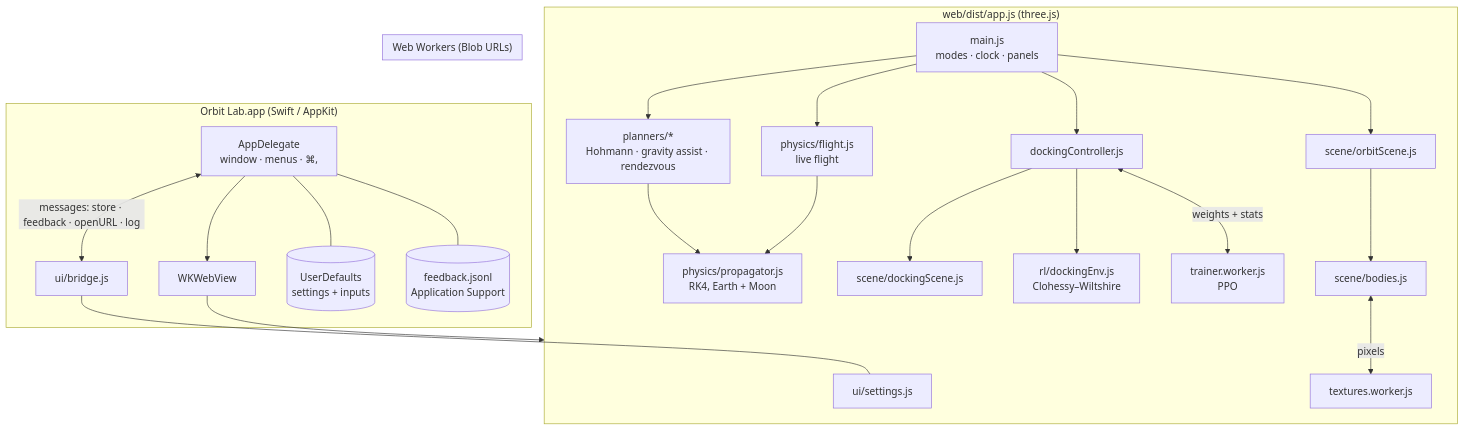
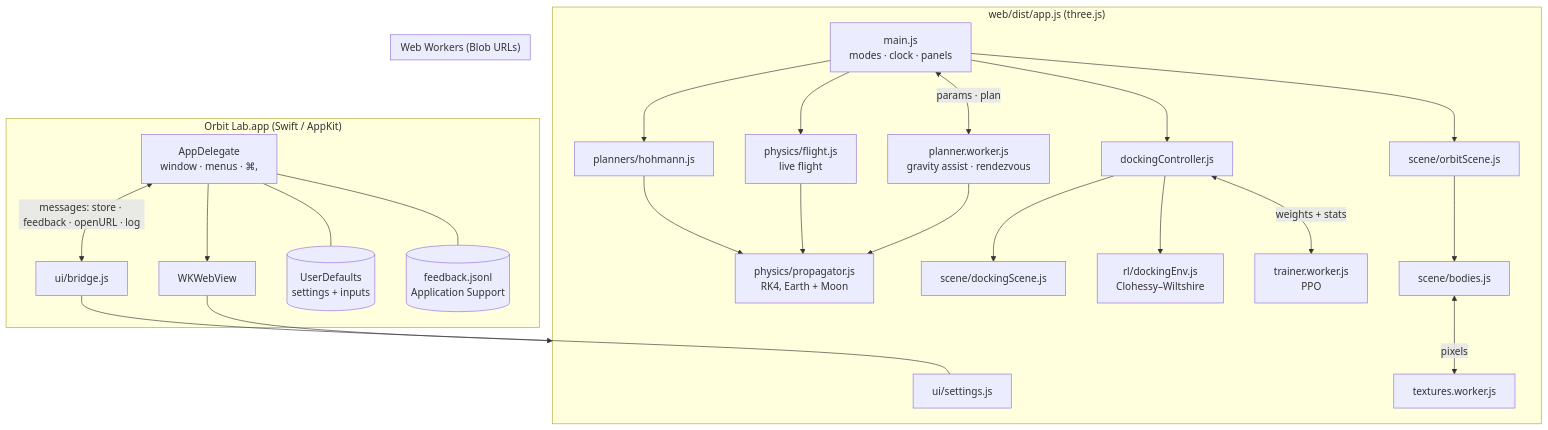
One commit to amalmehta/OrbitLab changed the diagram in docs/SYSTEM-DESIGN.md. Above: the diagram before and after it, drawn with Mermaid. The commit also changed other lines of this file and 22 other files, not shown here.

````diff
--- a/docs/SYSTEM-DESIGN.md
+++ b/docs/SYSTEM-DESIGN.md
@@ -9,30 +9,33 @@
 ```mermaid
 flowchart TB
   subgraph Mac["Orbit Lab.app (Swift / AppKit)"]
     AD[AppDelegate<br/>window · menus · ⌘,] --> WV[WKWebView]
     AD <-->|"messages: store · feedback · openURL · log"| BR
     UD[(UserDefaults<br/>settings + inputs)]
     FB[(feedback.jsonl<br/>Application Support)]
     AD --- UD
     AD --- FB
   end
   subgraph Page["web/dist/app.js (three.js)"]
     BR[ui/bridge.js] --- ST[ui/settings.js]
     MAIN[main.js<br/>modes · clock · panels]
-    MAIN --> PL[planners/*<br/>Hohmann · gravity assist · rendezvous]
+    MAIN --> PL[planners/hohmann.js]
+    MAIN <-->|params · plan| PW
     PL --> PR[physics/propagator.js<br/>RK4, Earth + Moon]
     MAIN --> FL[physics/flight.js<br/>live flight]
     FL --> PR
     MAIN --> OS[scene/orbitScene.js]
     MAIN --> DC[dockingController.js]
     DC --> DS[scene/dockingScene.js]
     DC --> ENV[rl/dockingEnv.js<br/>Clohessy–Wiltshire]
     DC <-->|weights + stats| TW
     OS --> BOD[scene/bodies.js] <-->|pixels| TXW
+    PW --> PR
   end
   WV --> Page
   subgraph Workers["Web Workers (Blob URLs)"]
     TW[trainer.worker.js<br/>PPO]
     TXW[textures.worker.js]
+    PW[planner.worker.js<br/>gravity assist · rendezvous]
   end
 ```
````
